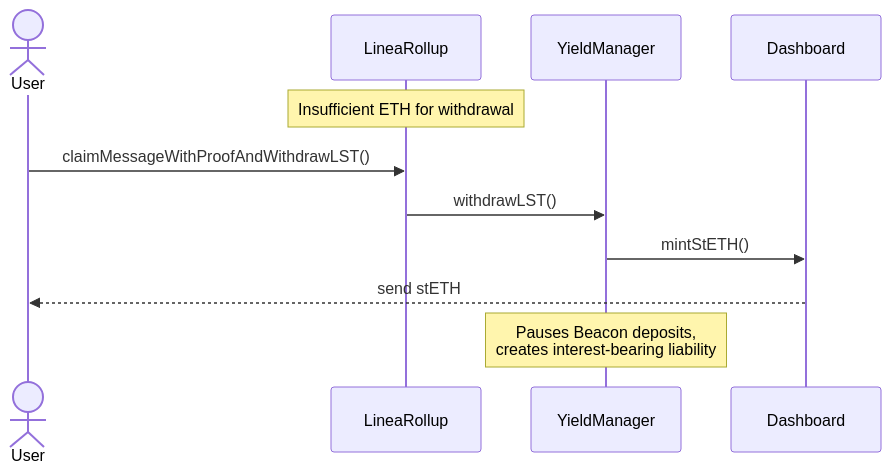
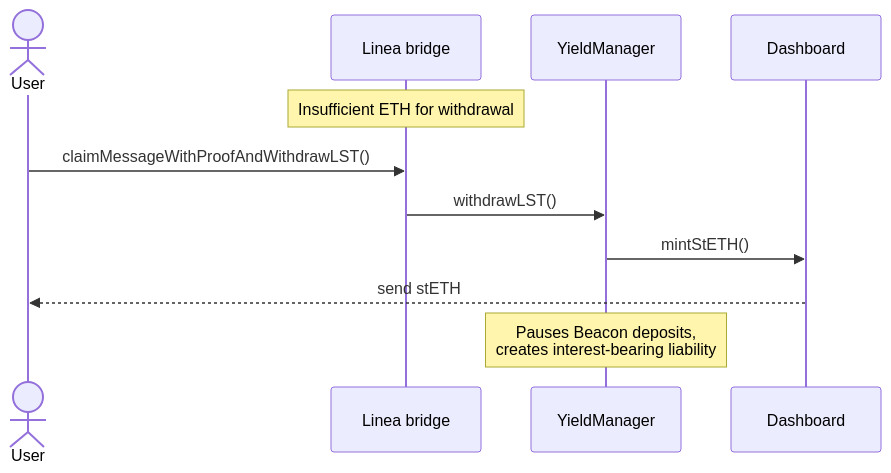
One commit to Consensys/doc.linea changed the seventh of 8 diagrams in docs/protocol/yield-boost-architecture.mdx. Above: the diagram before and after it, drawn with Mermaid. The commit also changed other lines of this file, not shown here.

````diff
--- a/docs/protocol/yield-boost-architecture.mdx
+++ b/docs/protocol/yield-boost-architecture.mdx
@@ -282,14 +283,14 @@
 ```mermaid
 sequenceDiagram
     actor U as User
-    participant LR as LineaRollup
+    participant LR as Linea bridge
     participant YM as YieldManager
     participant DB as Dashboard
 
     Note over LR: Insufficient ETH for withdrawal
     U->>LR: claimMessageWithProofAndWithdrawLST()
     LR->>YM: withdrawLST()
     YM->>DB: mintStETH()
     DB-->>U: send stETH
     Note over YM: Pauses Beacon deposits,<br/>creates interest-bearing liability
 ```
````
